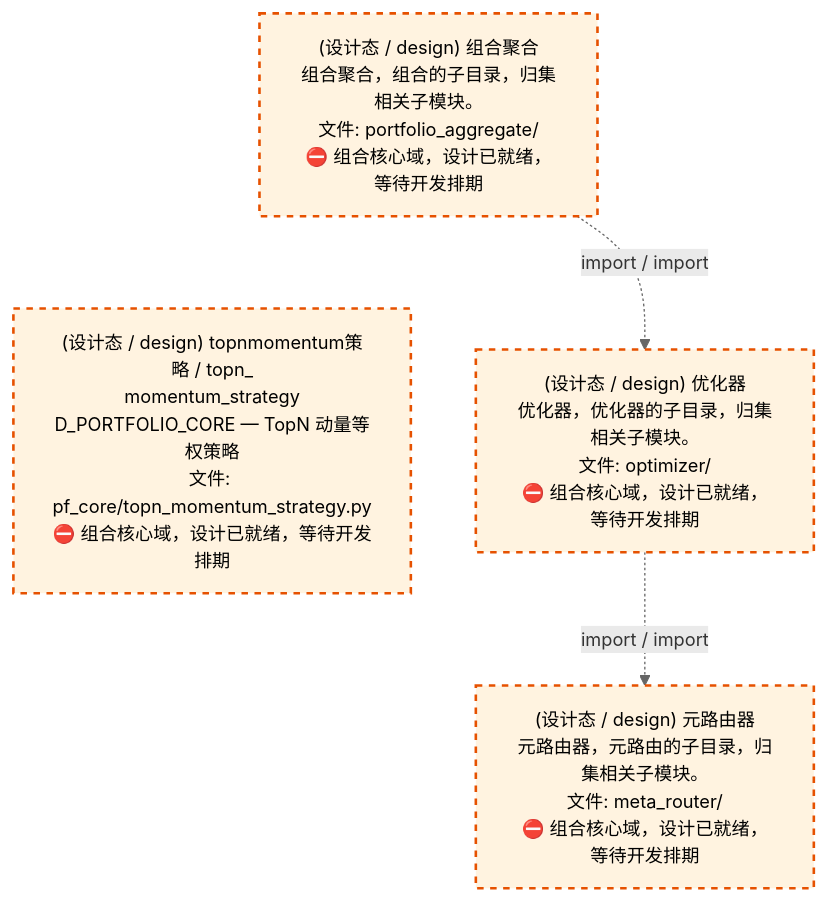
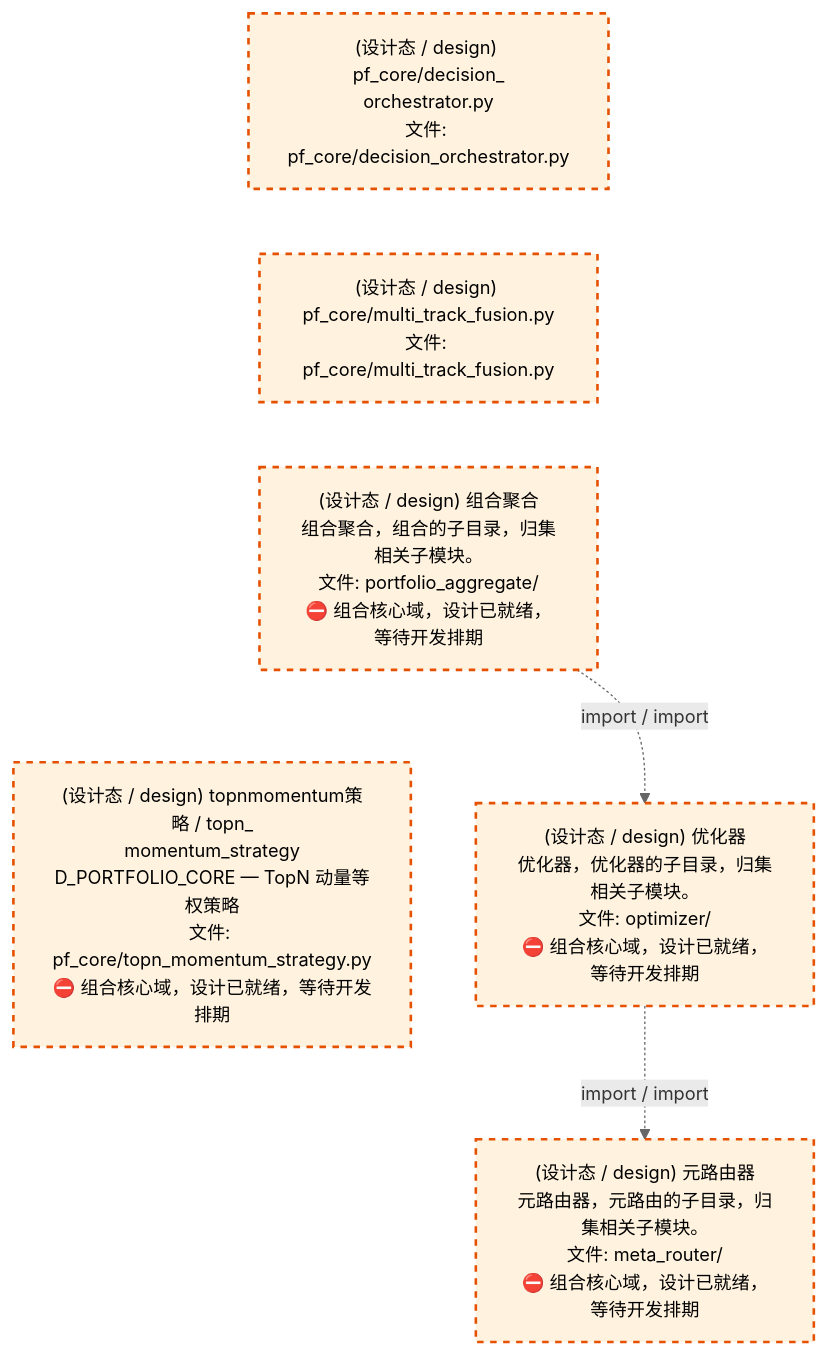
One commit to xuanFelixVan/ZephyrAlpha changed the third of 4 diagrams in docs/02_enterprise_architecture/02_domain_architecture_docs/63_d_pf_core.md. Above: the diagram before and after it, drawn with Mermaid. The commit also changed other lines of this file and 8 other files, not shown here.

````diff
--- a/docs/02_enterprise_architecture/02_domain_architecture_docs/63_d_pf_core.md
+++ b/docs/02_enterprise_architecture/02_domain_architecture_docs/63_d_pf_core.md
@@ -176,16 +180,20 @@
 ```mermaid
 %%{init: {'theme': 'base', 'themeVariables': {'primaryColor': '#eaeaea', 'primaryTextColor': '#333333', 'primaryBorderColor': '#666666', 'lineColor': '#666666', 'secondaryColor': '#eaeaea', 'tertiaryColor': '#eaeaea', 'fontSize': '14px'}}}%%
 flowchart TD
+    src_zephyr_pf_core_decision_orchestrator_py["(设计态 / design) pf_core/decision_<br/>orchestrator.py<br/>文件: pf_core/decision_orchestrator.py"]
+    src_zephyr_pf_core_multi_track_fusion_py["(设计态 / design) pf_core/multi_track_fusion.py<br/>文件: pf_core/multi_track_fusion.py"]
     src_zephyr_pf_core_portfolio_aggregate["(设计态 / design) 组合聚合<br/>组合聚合，组合的子目录，归集相关子模块。<br/>文件: portfolio_aggregate/<br/>⛔ 组合核心域，设计已就绪，等待开发排期"]
     src_zephyr_pf_core_topn_momentum_strategy_py["(设计态 / design) topnmomentum策略 / topn_<br/>momentum_strategy<br/>D_PORTFOLIO_CORE — TopN 动量等权策略<br/>文件: pf_core/topn_momentum_strategy.py<br/>⛔ 组合核心域，设计已就绪，等待开发排期"]
+    src_zephyr_pf_core_decision_orchestrator_py ~~~ src_zephyr_pf_core_multi_track_fusion_py
+    src_zephyr_pf_core_multi_track_fusion_py ~~~ src_zephyr_pf_core_portfolio_aggregate
     src_zephyr_pf_core_portfolio_aggregate ~~~ src_zephyr_pf_core_topn_momentum_strategy_py
     src_zephyr_pf_core_optimizer["(设计态 / design) 优化器<br/>优化器，优化器的子目录，归集相关子模块。<br/>文件: optimizer/<br/>⛔ 组合核心域，设计已就绪，等待开发排期"]
     src_zephyr_pf_core_meta_router["(设计态 / design) 元路由器<br/>元路由器，元路由的子目录，归集相关子模块。<br/>文件: meta_router/<br/>⛔ 组合核心域，设计已就绪，等待开发排期"]
     src_zephyr_pf_core_optimizer -.->|import / import| src_zephyr_pf_core_meta_router
     src_zephyr_pf_core_portfolio_aggregate -.->|import / import| src_zephyr_pf_core_optimizer
     classDef production fill:#e1f5fe,stroke:#01579b,stroke-width:2px,color:#000
     classDef design fill:#fff3e0,stroke:#e65100,stroke-width:2px,color:#000,stroke-dasharray: 5 5
     classDef external_prod fill:#e8f4fd,stroke:#0277bd,stroke-width:1px,color:#000
     classDef external_design fill:#fff8e7,stroke:#ef6c00,stroke-width:1px,color:#000,stroke-dasharray: 5 5
-    class src_zephyr_pf_core_meta_router,src_zephyr_pf_core_optimizer,src_zephyr_pf_core_portfolio_aggregate,src_zephyr_pf_core_topn_momentum_strategy_py design
+    class src_zephyr_pf_core_decision_orchestrator_py,src_zephyr_pf_core_meta_router,src_zephyr_pf_core_multi_track_fusion_py,src_zephyr_pf_core_optimizer,src_zephyr_pf_core_portfolio_aggregate,src_zephyr_pf_core_topn_momentum_strategy_py design
 ```
````
